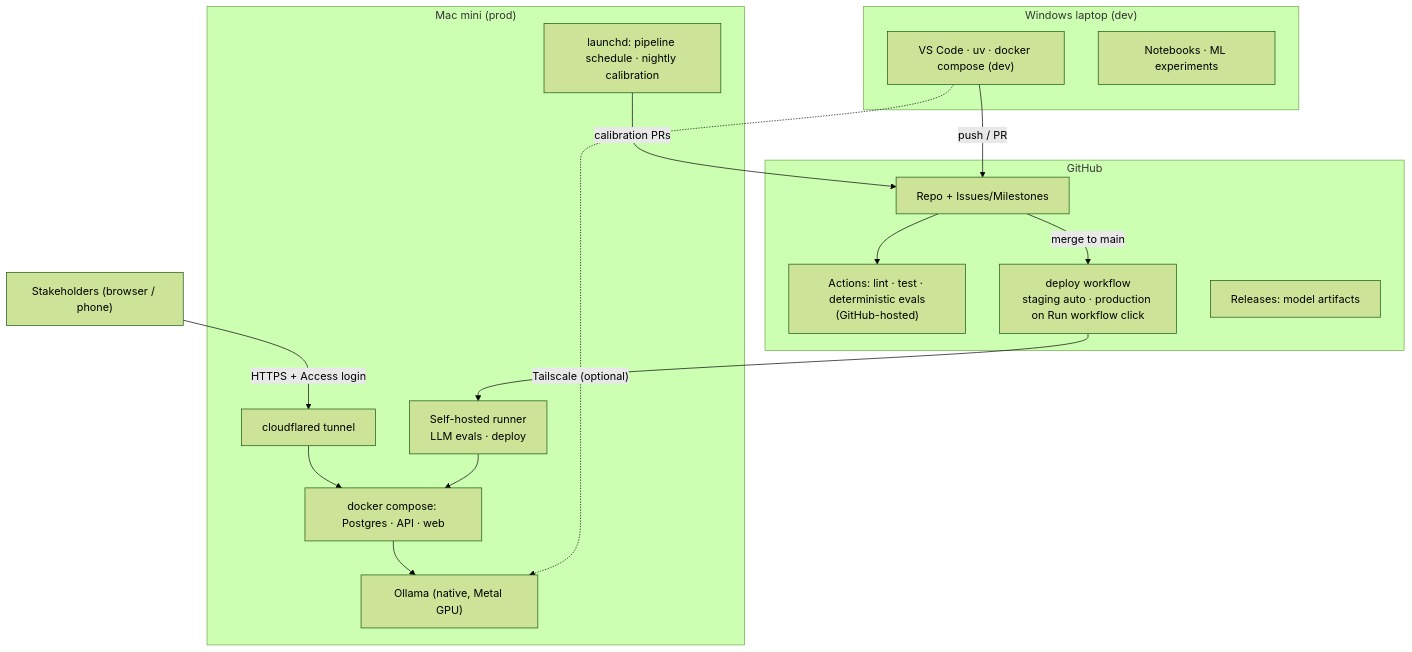
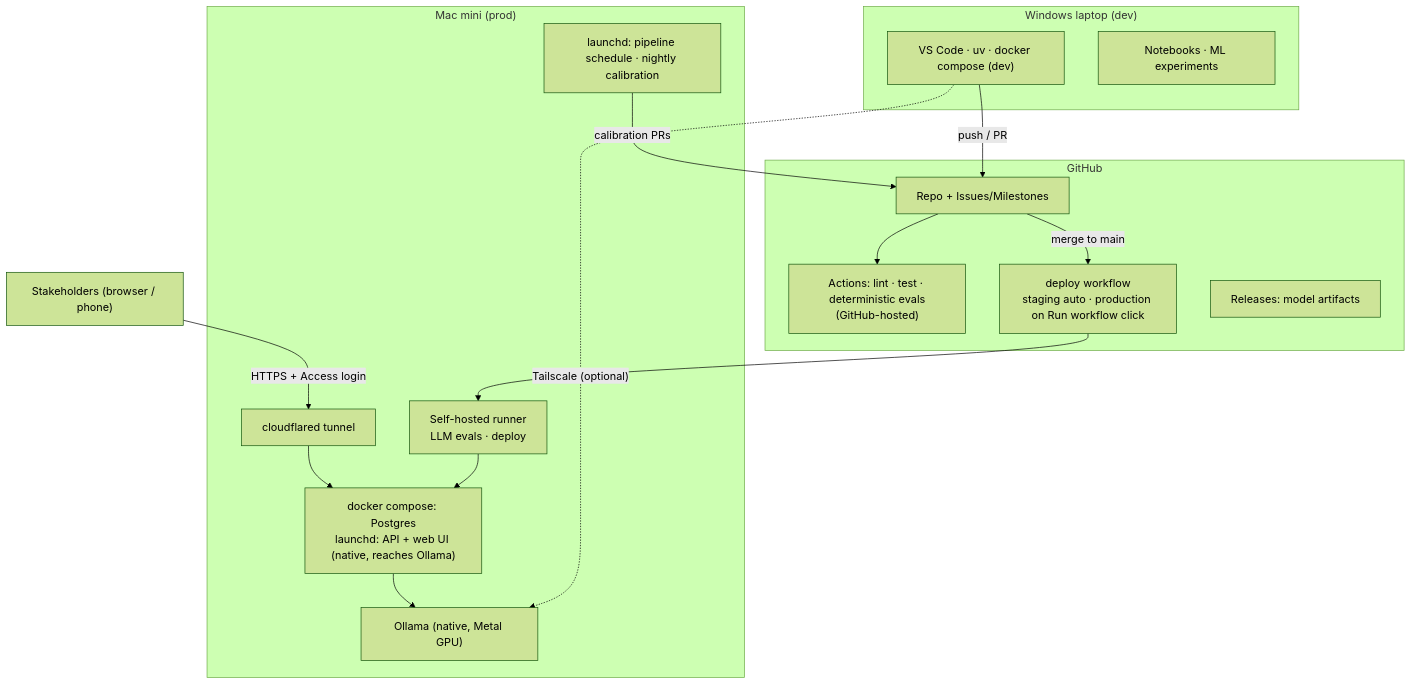
Before and after one commit to thereven3947/data-to-decision-ai: the second of 2 diagrams in docs/architecture.md, drawn with Mermaid (forest theme). The commit also changed 94 other files, not shown here.

First line of the commit message:
[M6-01][M7-01][M8-01][M9-01][M10-01] Review queue, classifier, enrichment, API + web UI, local Copilot

````diff
--- a/docs/architecture.md
+++ b/docs/architecture.md
@@ -71,29 +71,29 @@
 ```mermaid
 flowchart TB
   subgraph GH["GitHub"]
     REPO["Repo + Issues/Milestones"]
     CI["Actions: lint · test · deterministic evals<br/>(GitHub-hosted)"]
     ENV["deploy workflow<br/>staging auto · production on Run workflow click"]
     REL["Releases: model artifacts"]
   end
 
   subgraph MAC["Mac mini (prod)"]
     RUN["Self-hosted runner<br/>LLM evals · deploy"]
     OLL["Ollama (native, Metal GPU)"]
-    DC["docker compose: Postgres · API · web"]
+    DC["docker compose: Postgres<br/>launchd: API + web UI (native, reaches Ollama)"]
     JOBS["launchd: pipeline schedule · nightly calibration"]
     CF["cloudflared tunnel"]
   end
 
   subgraph WIN["Windows laptop (dev)"]
     DEV["VS Code · uv · docker compose (dev)"]
     NB["Notebooks · ML experiments"]
   end
 
   USER["Stakeholders (browser / phone)"] -->|HTTPS + Access login| CF --> DC
   DEV -->|push / PR| REPO --> CI
   REPO -->|merge to main| ENV --> RUN --> DC
   JOBS -->|calibration PRs| REPO
   DC --> OLL
   DEV -. Tailscale (optional) .-> OLL
 ```
````
